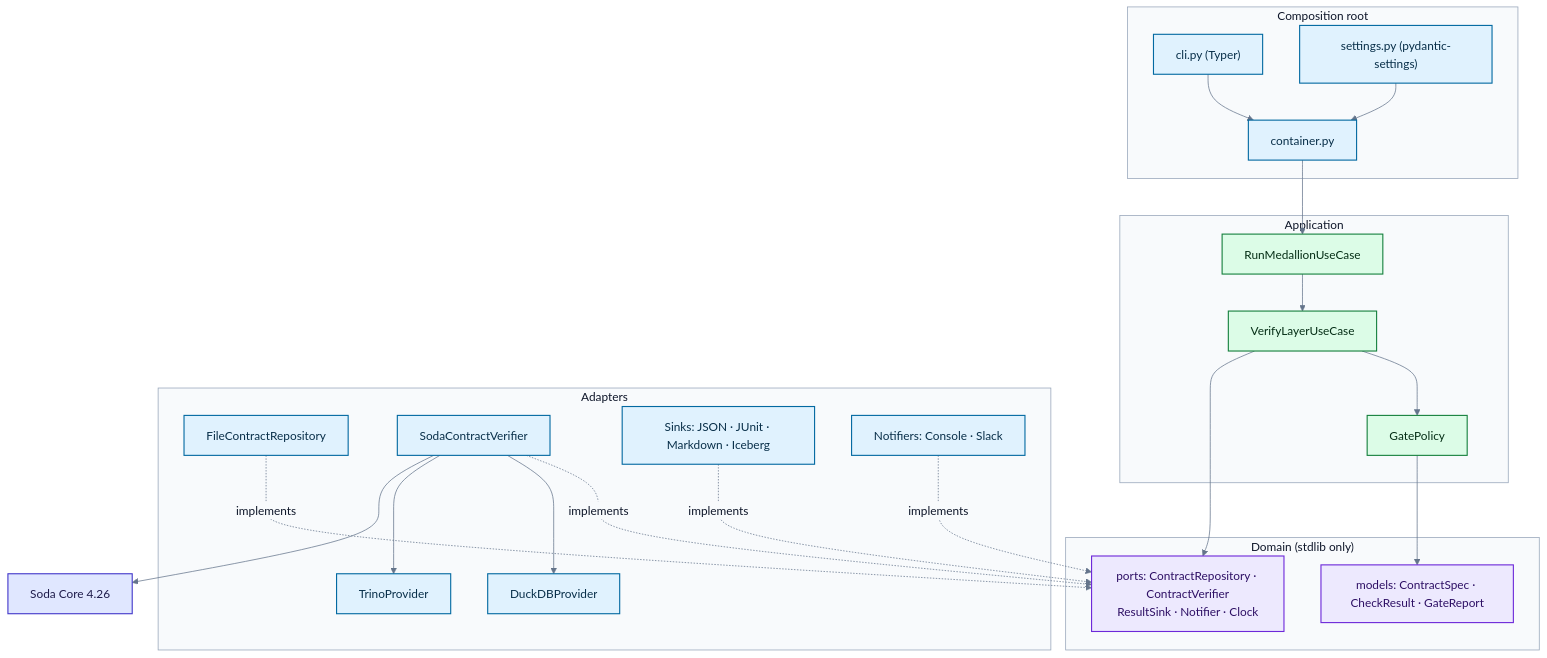
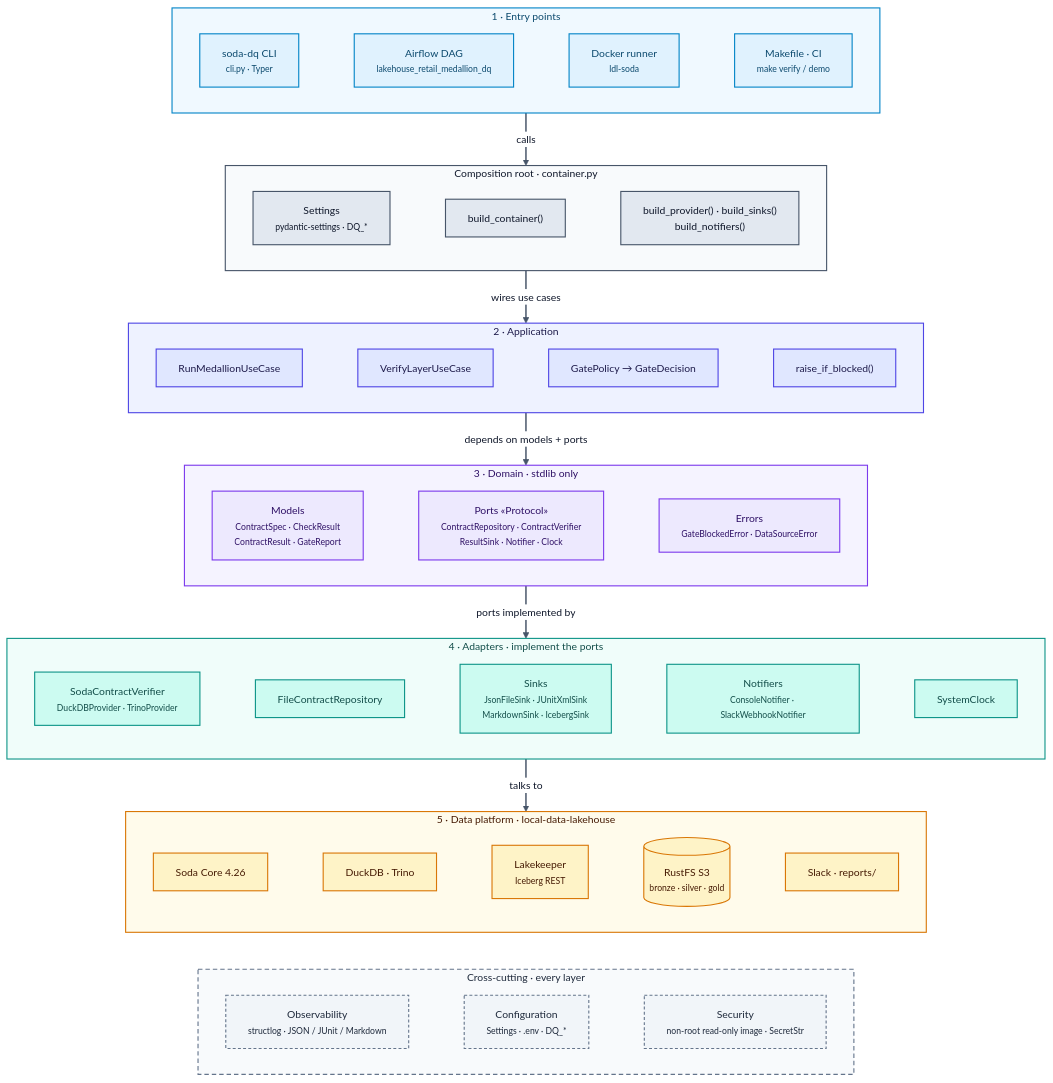
Before and after one commit to santoshshinde2012/lakehouse-quality-gates: the first of 7 diagrams in docs/architecture.md, drawn with Mermaid. The commit also changed other lines of this file and 38 other files, not shown here.

Commit message:
docs: mermaid-only diagrams with professional theme

````diff
--- a/docs/architecture.md
+++ b/docs/architecture.md
@@ -89,48 +12,82 @@
 ```mermaid
-%%{init: {"theme": "base", "themeVariables": {"fontFamily": "Inter, Segoe UI, Helvetica, Arial, sans-serif", "lineColor": "#64748b", "primaryTextColor": "#0f172a", "primaryColor": "#e0e7ff", "primaryBorderColor": "#4338ca", "secondaryColor": "#dcfce7", "tertiaryColor": "#f8fafc", "edgeLabelBackground": "#f8fafc", "actorBkg": "#e0e7ff", "actorBorder": "#4338ca", "noteBkgColor": "#fef3c7", "noteBorderColor": "#b45309", "signalColor": "#334155", "signalTextColor": "#0f172a"}}}%%
+%%{init: {'theme':'base','themeVariables':{'fontFamily':'Inter, system-ui, -apple-system, Segoe UI, Helvetica, Arial, sans-serif','fontSize':'14px','primaryColor':'#eef2ff','primaryTextColor':'#0f172a','primaryBorderColor':'#6366f1','secondaryColor':'#f1f5f9','secondaryTextColor':'#0f172a','secondaryBorderColor':'#94a3b8','tertiaryColor':'#f8fafc','tertiaryTextColor':'#0f172a','tertiaryBorderColor':'#cbd5e1','lineColor':'#64748b','textColor':'#0f172a','nodeTextColor':'#0f172a','titleColor':'#0f172a','clusterBkg':'#f8fafc','clusterBorder':'#94a3b8','edgeLabelBackground':'#ffffff','noteBkgColor':'#fef9c3','noteTextColor':'#422006','noteBorderColor':'#ca8a04','actorBkg':'#eef2ff','actorBorder':'#6366f1','actorTextColor':'#1e1b4b','actorLineColor':'#94a3b8','signalColor':'#334155','signalTextColor':'#0f172a','labelBoxBkgColor':'#eef2ff','labelBoxBorderColor':'#6366f1','labelTextColor':'#1e1b4b','loopTextColor':'#1e1b4b','activationBkgColor':'#e0e7ff','activationBorderColor':'#4f46e5','sequenceNumberColor':'#ffffff','classText':'#0f172a'}}}%%
 flowchart TB
-  subgraph COMP["Composition root"]
-    CLI["cli.py (Typer)"]:::dq
-    SET["settings.py (pydantic-settings)"]:::dq
-    CON["container.py"]:::dq
+  subgraph ENTRY["1 · Entry points"]
+    direction LR
+    E1["soda-dq CLI<br/><small>cli.py · Typer</small>"]:::entry
+    E2["Airflow DAG<br/><small>lakehouse_retail_medallion_dq</small>"]:::entry
+    E3["Docker runner<br/><small>ldl-soda</small>"]:::entry
+    E4["Makefile · CI<br/><small>make verify / demo</small>"]:::entry
+    E1 ~~~ E2 ~~~ E3 ~~~ E4
   end
-  subgraph APP["Application"]
-    RM["RunMedallionUseCase"]:::gate
-    VL["VerifyLayerUseCase"]:::gate
-    GP["GatePolicy"]:::gate
+  subgraph ROOT["Composition root · container.py"]
+    direction LR
+    R1["Settings<br/><small>pydantic-settings · DQ_*</small>"]:::root
+    R2["build_container()"]:::root
+    R3["build_provider() · build_sinks()<br/>build_notifiers()"]:::root
+    R1 ~~~ R2 ~~~ R3
   end
-  subgraph DOM["Domain (stdlib only)"]
-    M["models: ContractSpec · CheckResult · GateReport"]:::store
-    P["ports: ContractRepository · ContractVerifier<br/>ResultSink · Notifier · Clock"]:::store
+  subgraph APP["2 · Application"]
+    direction LR
+    A1["RunMedallionUseCase"]:::app
+    A2["VerifyLayerUseCase"]:::app
+    A3["GatePolicy → GateDecision"]:::app
+    A4["raise_if_blocked()"]:::app
+    A1 ~~~ A2 ~~~ A3 ~~~ A4
   end
-  subgraph ADP["Adapters"]
-    FR["FileContractRepository"]:::dq
-    SV["SodaContractVerifier"]:::dq
-    DP["DuckDBProvider"]:::dq
-    TP["TrinoProvider"]:::dq
-    SK["Sinks: JSON · JUnit · Markdown · Iceberg"]:::dq
-    NT["Notifiers: Console · Slack"]:::dq
+  subgraph DOM["3 · Domain · stdlib only"]
+    direction LR
+    D1["Models<br/><small>ContractSpec · CheckResult<br/>ContractResult · GateReport</small>"]:::domain
+    D2["Ports «Protocol»<br/><small>ContractRepository · ContractVerifier<br/>ResultSink · Notifier · Clock</small>"]:::domain
+    D3["Errors<br/><small>GateBlockedError · DataSourceError</small>"]:::domain
+    D1 ~~~ D2 ~~~ D3
   end
-  SODA["Soda Core 4.26"]:::ext
-  CLI --> CON
-  SET --> CON
-  CON --> RM --> VL --> GP
-  VL --> P
-  GP --> M
-  FR -. implements .-> P
-  SV -. implements .-> P
-  SK -. implements .-> P
-  NT -. implements .-> P
-  SV --> DP
-  SV --> TP
-  SV --> SODA
-  classDef ext fill:#e0e7ff,stroke:#4338ca,stroke-width:1.5px,color:#1e1b4b
-  classDef dq fill:#e0f2fe,stroke:#0369a1,stroke-width:1.5px,color:#082f49
-  classDef store fill:#ede9fe,stroke:#6d28d9,stroke-width:1.5px,color:#2e1065
-  classDef gate fill:#dcfce7,stroke:#15803d,stroke-width:1.5px,color:#052e16
-  classDef fail fill:#fee2e2,stroke:#b91c1c,stroke-width:1.5px,color:#450a0a
-  style COMP fill:#f8fafc,stroke:#94a3b8,color:#0f172a
-  style APP fill:#f8fafc,stroke:#94a3b8,color:#0f172a
-  style DOM fill:#f8fafc,stroke:#94a3b8,color:#0f172a
-  style ADP fill:#f8fafc,stroke:#94a3b8,color:#0f172a
+  subgraph ADP["4 · Adapters · implement the ports"]
+    direction LR
+    P1["SodaContractVerifier<br/><small>DuckDBProvider · TrinoProvider</small>"]:::adapter
+    P2["FileContractRepository"]:::adapter
+    P3["Sinks<br/><small>JsonFileSink · JUnitXmlSink<br/>MarkdownSink · IcebergSink</small>"]:::adapter
+    P4["Notifiers<br/><small>ConsoleNotifier · SlackWebhookNotifier</small>"]:::adapter
+    P5["SystemClock"]:::adapter
+    P1 ~~~ P2 ~~~ P3 ~~~ P4 ~~~ P5
+  end
+  subgraph PLAT["5 · Data platform · local-data-lakehouse"]
+    direction LR
+    L1["Soda Core 4.26"]:::platform
+    L2["DuckDB · Trino"]:::platform
+    L3["Lakekeeper<br/><small>Iceberg REST</small>"]:::platform
+    L4[("RustFS S3<br/><small>bronze · silver · gold</small>")]:::platform
+    L5["Slack · reports/"]:::platform
+    L1 ~~~ L2 ~~~ L3 ~~~ L4 ~~~ L5
+  end
+  subgraph XC["Cross-cutting · every layer"]
+    direction LR
+    X1["Observability<br/><small>structlog · JSON / JUnit / Markdown</small>"]:::xcut
+    X2["Configuration<br/><small>Settings · .env · DQ_*</small>"]:::xcut
+    X3["Security<br/><small>non-root read-only image · SecretStr</small>"]:::xcut
+    X1 ~~~ X2 ~~~ X3
+  end
+  ENTRY ==>|calls| ROOT
+  ROOT ==>|wires use cases| APP
+  APP ==>|depends on models + ports| DOM
+  DOM ==>|ports implemented by| ADP
+  ADP ==>|talks to| PLAT
+  PLAT ~~~ XC
+  classDef entry fill:#e0f2fe,stroke:#0284c7,stroke-width:1.5px,color:#0c4a6e
+  classDef root fill:#e2e8f0,stroke:#475569,stroke-width:1.5px,color:#0f172a
+  classDef app fill:#e0e7ff,stroke:#4f46e5,stroke-width:1.5px,color:#1e1b4b
+  classDef domain fill:#ede9fe,stroke:#7c3aed,stroke-width:1.5px,color:#2e1065
+  classDef adapter fill:#ccfbf1,stroke:#0d9488,stroke-width:1.5px,color:#134e4a
+  classDef platform fill:#fef3c7,stroke:#d97706,stroke-width:1.5px,color:#451a03
+  classDef xcut fill:#f1f5f9,stroke:#64748b,stroke-width:1.5px,stroke-dasharray:4 3,color:#1e293b
+  classDef pass fill:#dcfce7,stroke:#16a34a,stroke-width:1.5px,color:#14532d
+  classDef fail fill:#fee2e2,stroke:#dc2626,stroke-width:2px,color:#7f1d1d
+  style ENTRY fill:#f0f9ff,stroke:#0284c7,stroke-width:1.5px,color:#0c4a6e
+  style ROOT fill:#f8fafc,stroke:#475569,stroke-width:1.5px,color:#0f172a
+  style APP fill:#eef2ff,stroke:#4f46e5,stroke-width:1.5px,color:#1e1b4b
+  style DOM fill:#f5f3ff,stroke:#7c3aed,stroke-width:1.5px,color:#2e1065
+  style ADP fill:#f0fdfa,stroke:#0d9488,stroke-width:1.5px,color:#134e4a
+  style PLAT fill:#fffbeb,stroke:#d97706,stroke-width:1.5px,color:#451a03
+  style XC fill:#f8fafc,stroke:#64748b,stroke-width:1.5px,stroke-dasharray:6 4,color:#1e293b
+  linkStyle 20,21,22,23,24 stroke:#475569,stroke-width:2px
 ```
````
